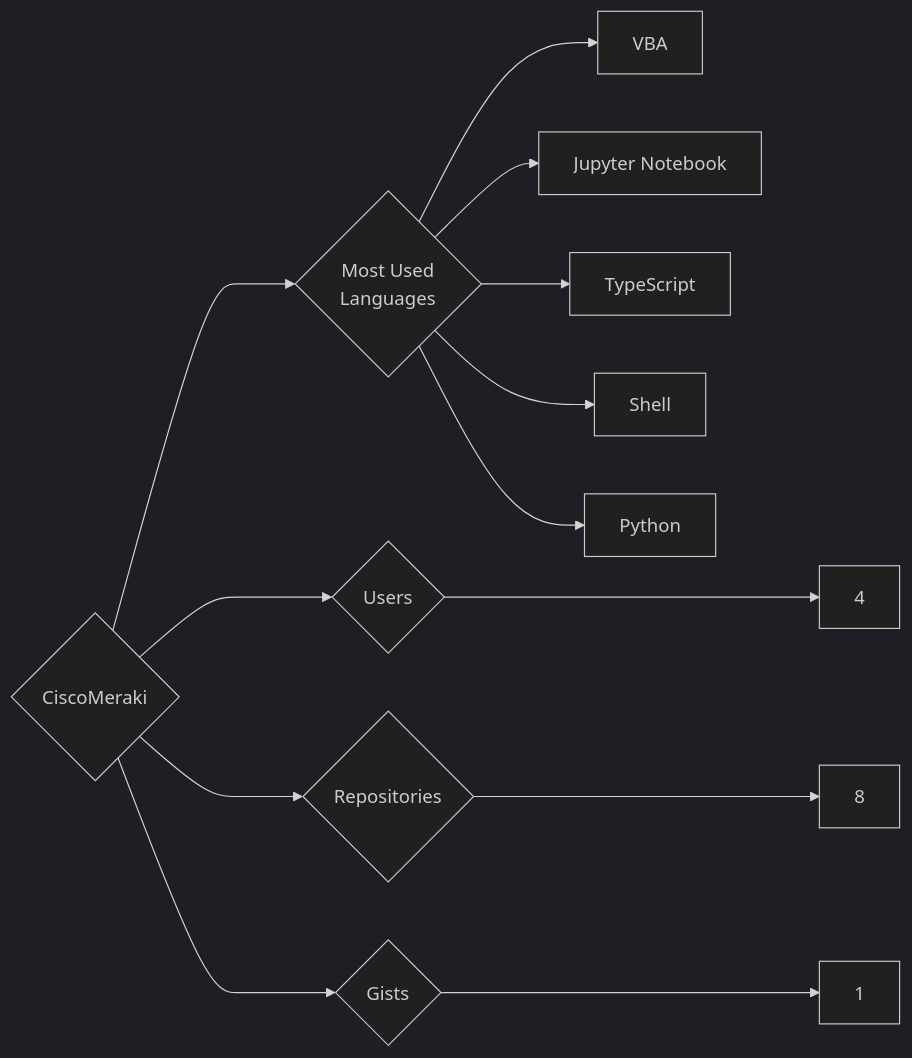
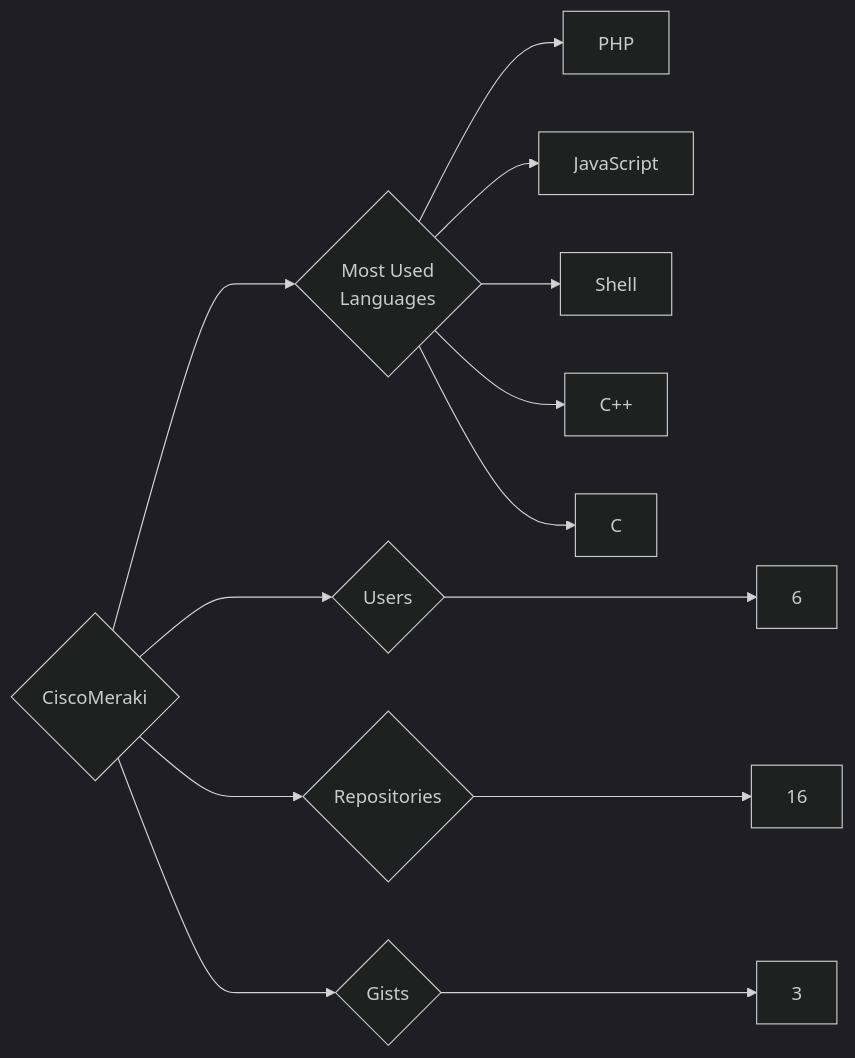
The diagram in targets/CiscoMeraki/README.md (trickest/insiders), drawn with Mermaid (dark theme) before and after one commit. The commit also changed 1175 other files, not shown here.

````diff
--- a/targets/CiscoMeraki/README.md
+++ b/targets/CiscoMeraki/README.md
@@ -3,13 +3,13 @@
 ```mermaid
 graph LR
 COMPANY_NAME{CiscoMeraki}
-COMPANY_NAME ---> U{Users} ---> UN[4]
-COMPANY_NAME ---> R{Repositories} ---> RN[8]
-COMPANY_NAME ---> G{Gists} ---> GN[1]
+COMPANY_NAME ---> U{Users} ---> UN[6]
+COMPANY_NAME ---> R{Repositories} ---> RN[16]
+COMPANY_NAME ---> G{Gists} ---> GN[3]
 COMPANY_NAME ---> ML{Most Used<br>Languages}
-ML --> VBA[VBA]
-ML --> Jupyter_Notebook[Jupyter Notebook]
-ML --> TypeScript[TypeScript]
+ML --> PHP[PHP]
+ML --> JavaScript[JavaScript]
 ML --> Shell[Shell]
-ML --> Python[Python]
+ML --> C++[C++]
+ML --> C[C]
 ```
````
